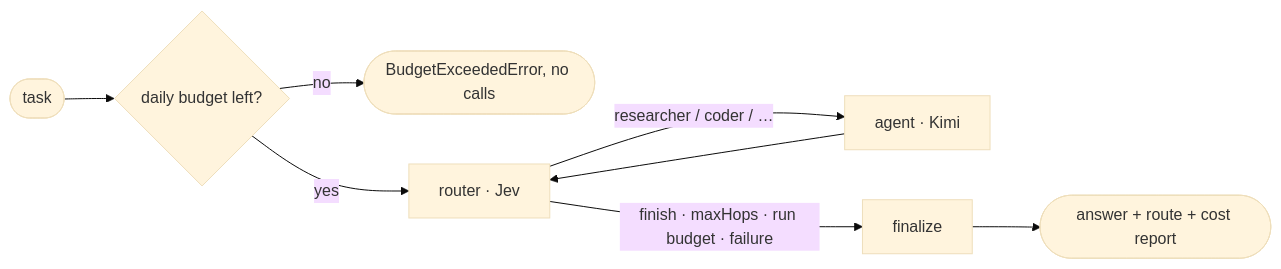
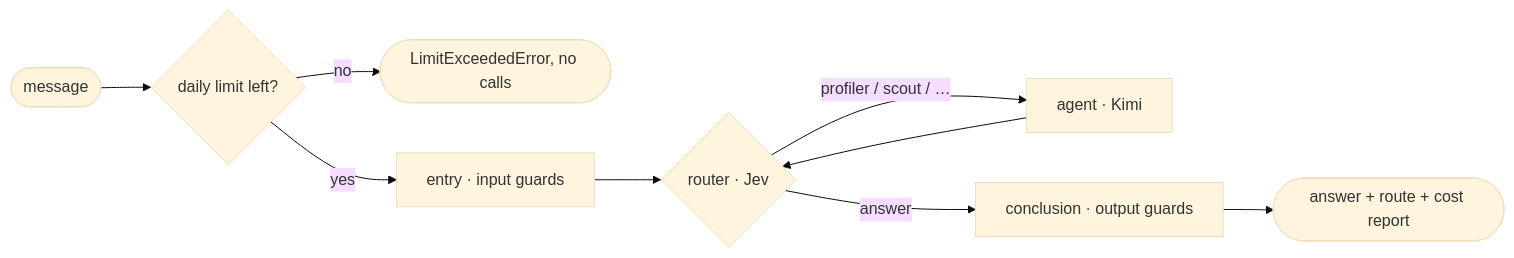
One commit to PavelRavvich/agbossjs changed the diagram in Home.md. Above: the diagram before and after it, drawn with Mermaid (base theme). The commit also changed other lines of this file and 14 other files, not shown here.

Commit message:
docs(#116): job-scout on the flow graph — Workflow, Routers, ADR-0014; hub, routers and budget removed across pages

````diff
--- a/Home.md
+++ b/Home.md
@@ -30,10 +30,11 @@
 ```mermaid
 flowchart LR
-  T([task]) --> B{daily budget left?}
-  B -- no --> X([BudgetExceededError, no calls])
-  B -- yes --> R[router · Jev]
-  R -- researcher / coder / … --> A[agent · Kimi]
+  T([message]) --> B{daily limit left?}
+  B -- no --> X([LimitExceededError, no calls])
+  B -- yes --> E[entry · input guards]
+  E --> R{router · Jev}
+  R -- profiler / scout / … --> A[agent · Kimi]
   A --> R
-  R -- finish · maxHops · run budget · failure --> F[finalize]
-  F --> O([answer + route + cost report])
+  R -- answer --> C[conclusion · output guards]
+  C --> O([answer + route + cost report])
 ```
````
